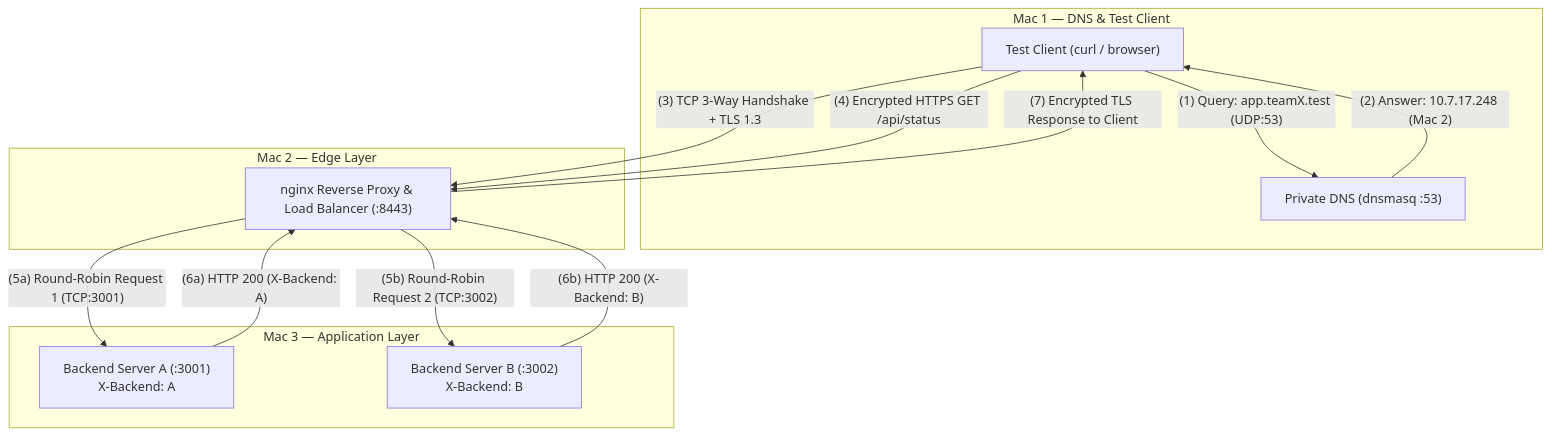
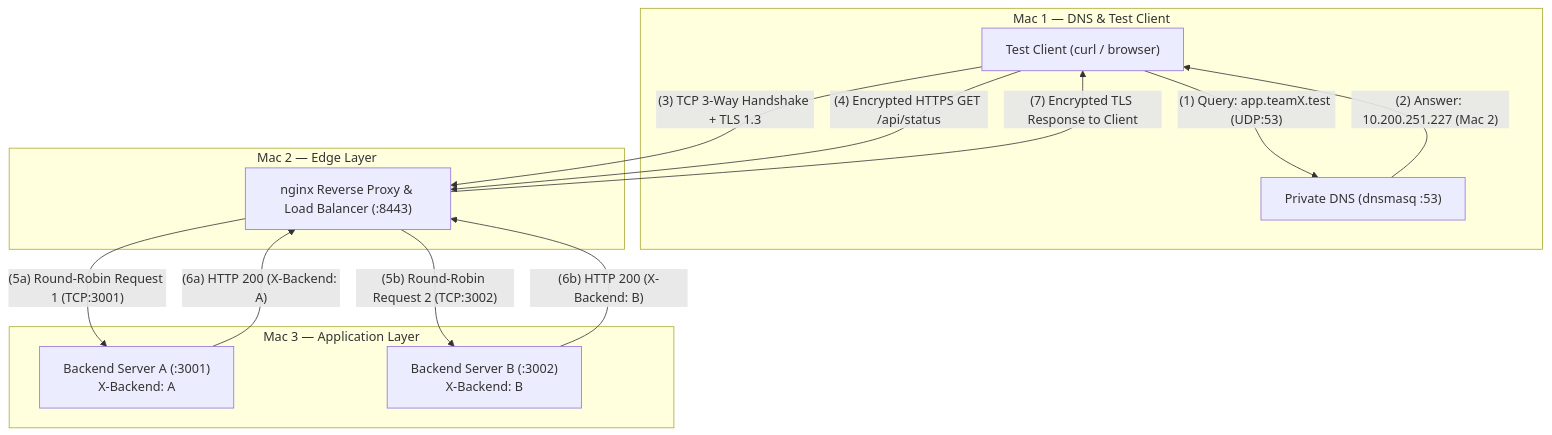
One commit to CyborgX-hash/Computer-Networks changed the diagram in README.md. Above: the diagram before and after it, drawn with Mermaid. The commit also changed other lines of this file and 3 other files, not shown here.

````diff
--- a/README.md
+++ b/README.md
@@ -68,34 +72,34 @@
 ```mermaid
 graph TD
     subgraph ClientAndDNS["Mac 1 — DNS & Test Client"]
         Client["Test Client (curl / browser)"]
         DNS["Private DNS (dnsmasq :53)"]
     end
 
     subgraph EdgeProxy["Mac 2 — Edge Layer"]
         Nginx["nginx Reverse Proxy & Load Balancer (:8443)"]
     end
 
     subgraph BackendHost["Mac 3 — Application Layer"]
         BackendA["Backend Server A (:3001)<br>X-Backend: A"]
         BackendB["Backend Server B (:3002)<br>X-Backend: B"]
     end
 
     %% Step 1: DNS Resolution
     Client -- "(1) Query: app.teamX.test (UDP:53)" --> DNS
-    DNS -- "(2) Answer: 10.7.17.248 (Mac 2)" --> Client
+    DNS -- "(2) Answer: 10.200.251.227 (Mac 2)" --> Client
 
     %% Step 2: Client to Edge Ingress
     Client -- "(3) TCP 3-Way Handshake + TLS 1.3" --> Nginx
     Client -- "(4) Encrypted HTTPS GET /api/status" --> Nginx
 
     %% Step 3: Upstream Forwarding
     Nginx -- "(5a) Round-Robin Request 1 (TCP:3001)" --> BackendA
     Nginx -- "(5b) Round-Robin Request 2 (TCP:3002)" --> BackendB
 
     BackendA -- "(6a) HTTP 200 (X-Backend: A)" --> Nginx
     BackendB -- "(6b) HTTP 200 (X-Backend: B)" --> Nginx
 
     %% Step 4: Encrypted Delivery
     Nginx -- "(7) Encrypted TLS Response to Client" --> Client
 ```
````
